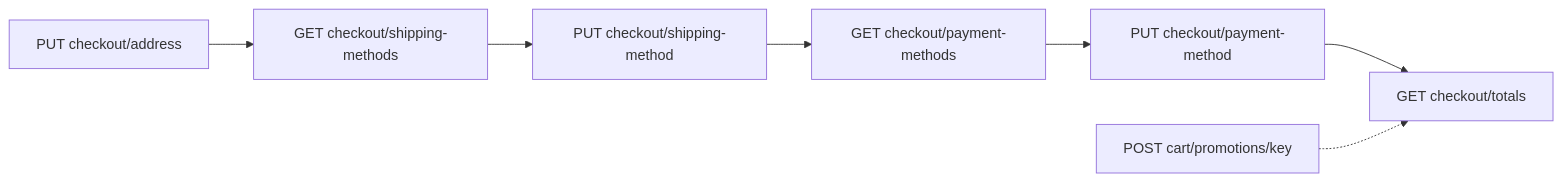
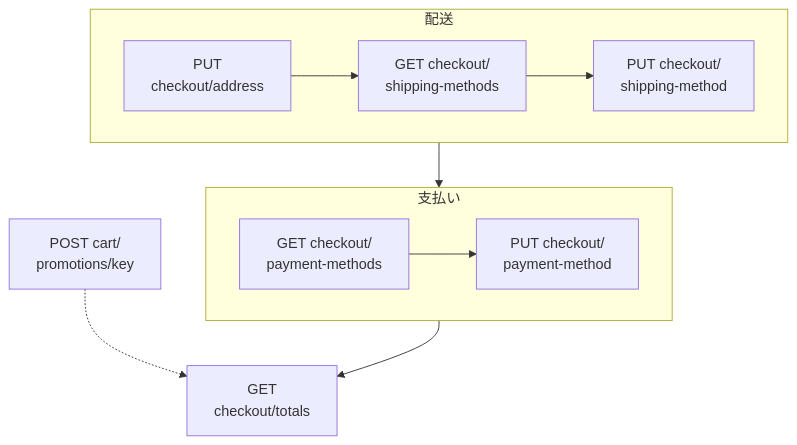
One commit to gp247net/gp247-docs changed the third of 5 diagrams in api/api-storefront_ja.md. Above: the diagram before and after it, drawn with Mermaid. The commit also changed other lines of this file and 44 other files, not shown here.

First line of the commit message:
docs: redraw oversized diagrams in security, API and MCP docs (vi/en/ja)

````diff
--- a/api/api-storefront_ja.md
+++ b/api/api-storefront_ja.md
@@ -209,9 +199,13 @@
 ```mermaid
-flowchart LR
-  A[PUT checkout/address] --> B[GET checkout/shipping-methods]
-  B --> C[PUT checkout/shipping-method]
-  C --> D[GET checkout/payment-methods]
-  D --> E[PUT checkout/payment-method]
-  E --> F[GET checkout/totals]
-  P[POST cart/promotions/key] -.-> F
+flowchart TB
+  subgraph SHIP["配送"]
+    direction LR
+    A[PUT<br/>checkout/address] --> B[GET checkout/<br/>shipping-methods] --> C[PUT checkout/<br/>shipping-method]
+  end
+  subgraph PAY["支払い"]
+    direction LR
+    D[GET checkout/<br/>payment-methods] --> E[PUT checkout/<br/>payment-method]
+  end
+  SHIP --> PAY --> F[GET<br/>checkout/totals]
+  P[POST cart/<br/>promotions/key] -.-> F
 ```
````
